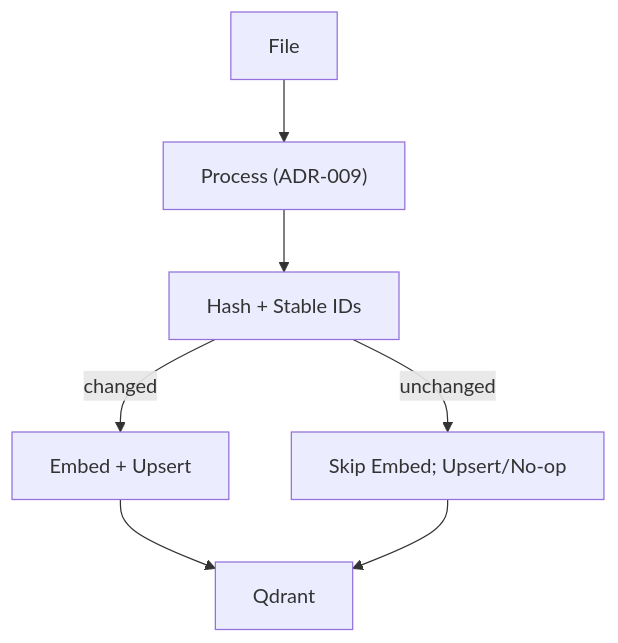
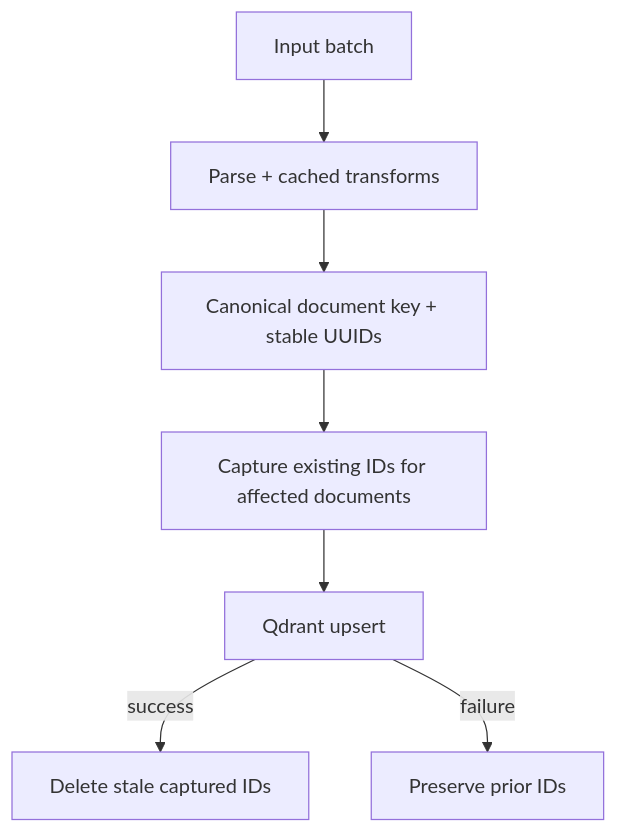
One commit to BjornMelin/docmind-ai-llm changed the diagram in docs/developers/adrs/ADR-034-idempotent-indexing-and-embedding-reuse.md. Above: the diagram before and after it, drawn with Mermaid. The commit also changed other lines of this file and 284 other files, not shown here.

````diff
--- a/docs/developers/adrs/ADR-034-idempotent-indexing-and-embedding-reuse.md
+++ b/docs/developers/adrs/ADR-034-idempotent-indexing-and-embedding-reuse.md
@@ -60,9 +79,9 @@
 ```mermaid
 graph TD
-  A["File"] --> B["Process (ADR-009)"]
-  B --> C["Hash + Stable IDs"]
-  C -->|changed| D["Embed + Upsert"]
-  C -->|unchanged| E["Skip Embed; Upsert/No-op"]
-  D --> Q["Qdrant"]
-  E --> Q
+  A["Input batch"] --> B["Parse + cached transforms"]
+  B --> C["Canonical document key + stable UUIDs"]
+  C --> D["Capture existing IDs for affected documents"]
+  D --> E["Qdrant upsert"]
+  E -->|success| F["Delete stale captured IDs"]
+  E -->|failure| G["Preserve prior IDs"]
 ```
````
